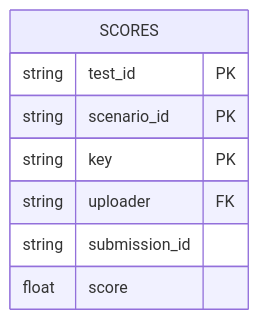
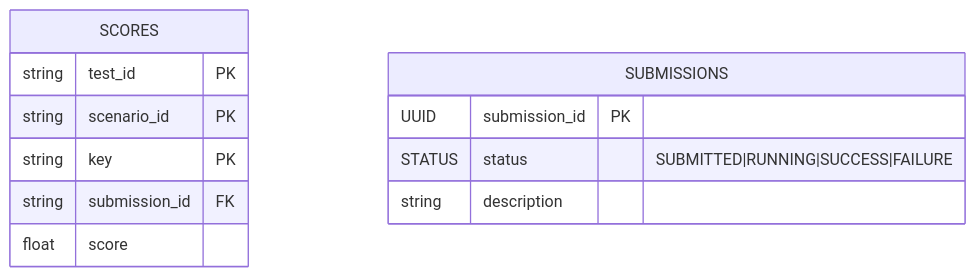
Before and after one commit to flatland-association/flatland-benchmarks: the third of 4 diagrams in docs/ARCHITECTURE.md, drawn with Mermaid. The commit also changed other lines of this file, not shown here.

````diff
--- a/docs/ARCHITECTURE.md
+++ b/docs/ARCHITECTURE.md
@@ -561,11 +615,18 @@
 ```mermaid
 erDiagram
   SCORES {
     string test_id PK
     string scenario_id PK
     string key PK
-    string uploader FK
-    string submission_id
+    string submission_id FK
     float score
   }
+
+  SUBMISSIONS {
+    UUID submission_id PK
+    STATUS status "SUBMITTED|RUNNING|SUCCESS|FAILURE"
+    string description
+  }
+
+
 ```
````
